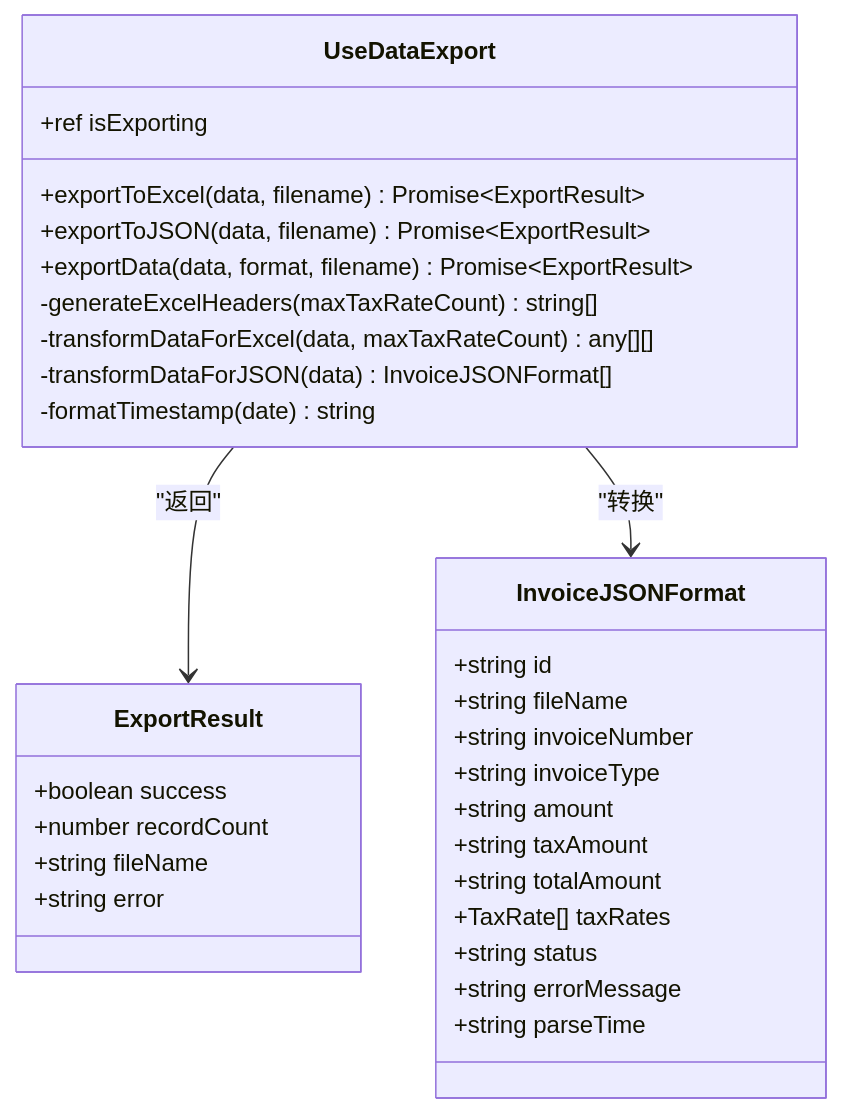
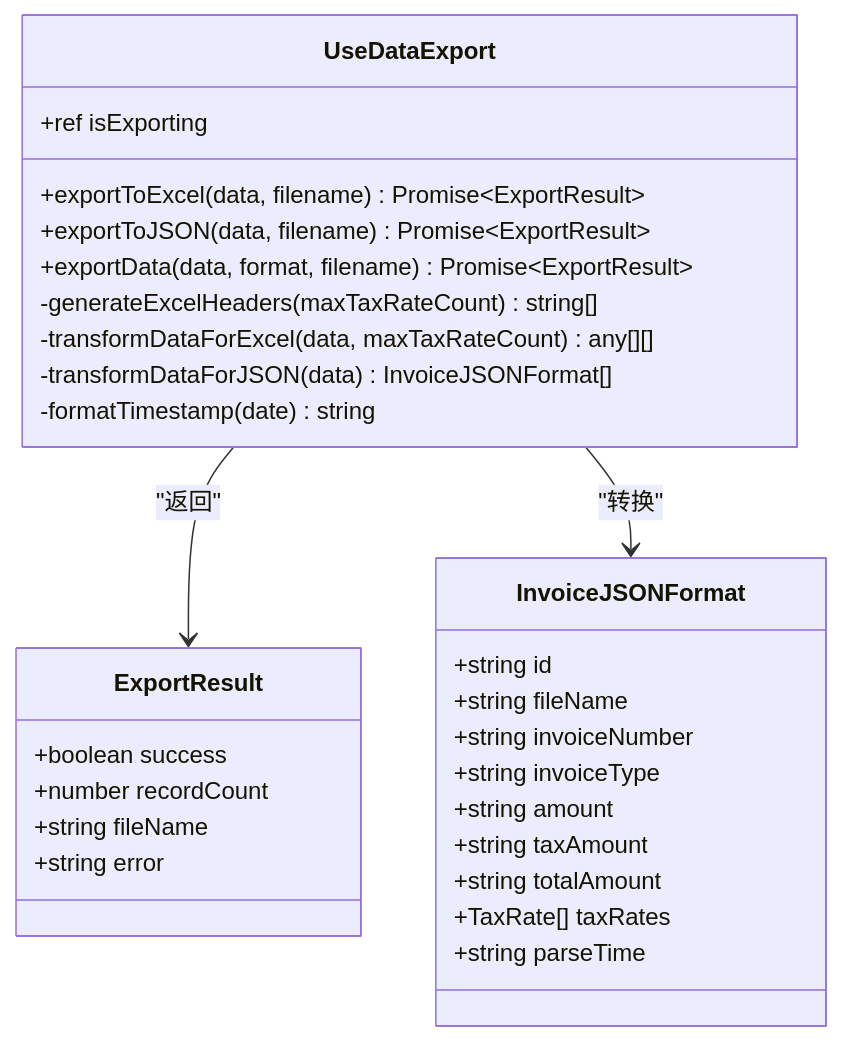
The second of 11 diagrams in .qoder/repowiki/zh/content/组合式函数/数据导出组合式函数.md (dunhuixiao/FinanceTools), drawn with Mermaid before and after one commit. The commit also changed other lines of this file and 4 other files, not shown here.

````diff
--- a/.qoder/repowiki/zh/content/组合式函数/数据导出组合式函数.md
+++ b/.qoder/repowiki/zh/content/组合式函数/数据导出组合式函数.md
@@ -80,34 +86,32 @@
 ```mermaid
 classDiagram
 class UseDataExport {
 +ref isExporting
 +exportToExcel(data, filename) Promise~ExportResult~
 +exportToJSON(data, filename) Promise~ExportResult~
 +exportData(data, format, filename) Promise~ExportResult~
 -generateExcelHeaders(maxTaxRateCount) string[]
 -transformDataForExcel(data, maxTaxRateCount) any[][]
 -transformDataForJSON(data) InvoiceJSONFormat[]
 -formatTimestamp(date) string
 }
 class ExportResult {
 +boolean success
 +number recordCount
 +string fileName
 +string error
 }
 class InvoiceJSONFormat {
 +string id
 +string fileName
 +string invoiceNumber
 +string invoiceType
 +string amount
 +string taxAmount
 +string totalAmount
 +TaxRate[] taxRates
-+string status
-+string errorMessage
 +string parseTime
 }
 UseDataExport --> ExportResult : "返回"
 UseDataExport --> InvoiceJSONFormat : "转换"
 ```
````
